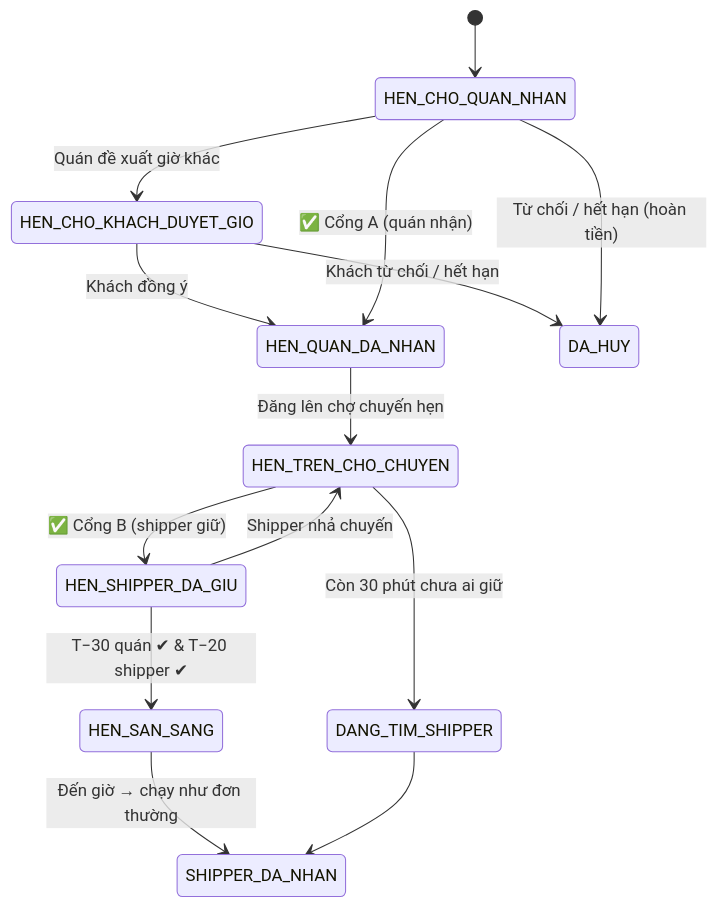
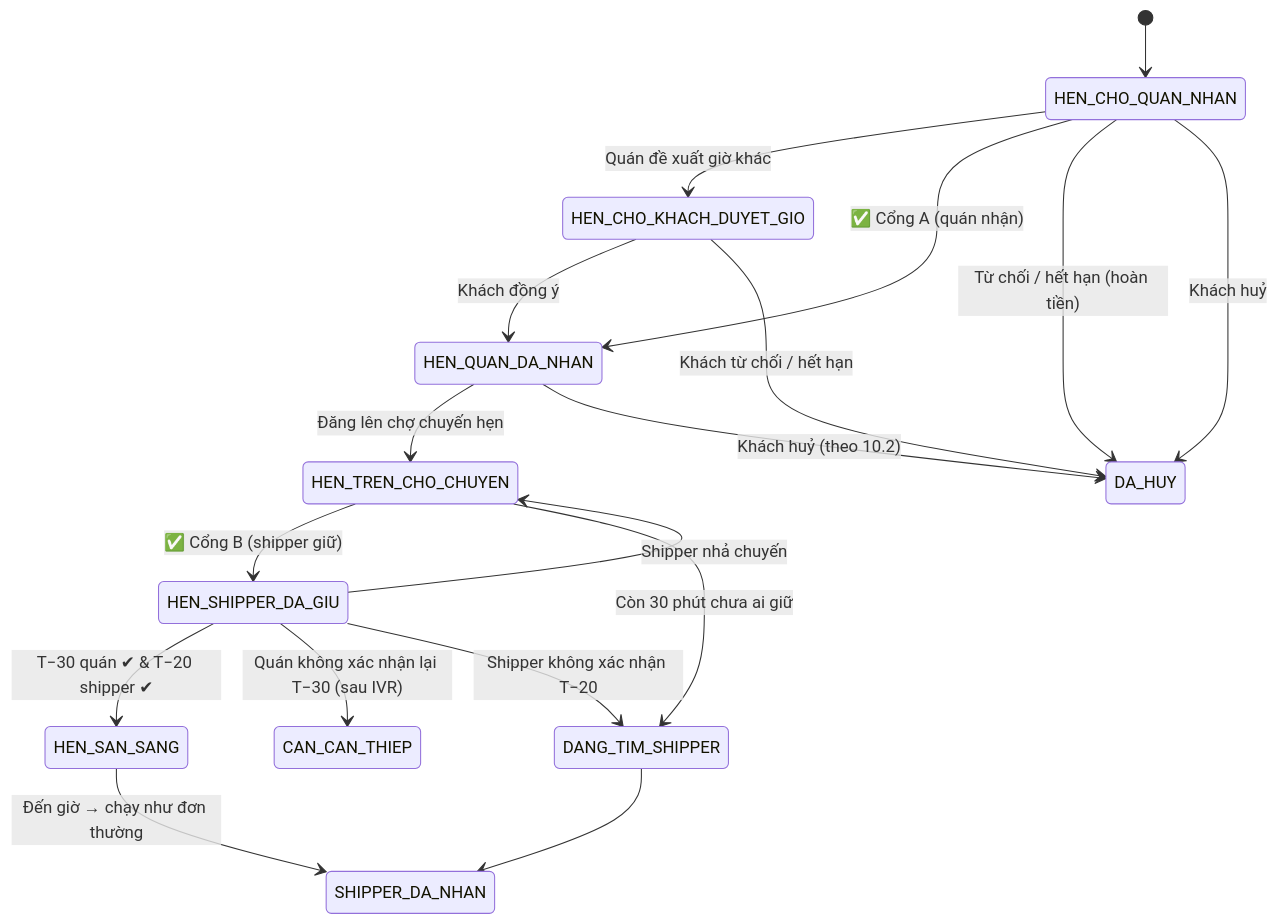
The diagram in docs/10-don-hen-gio.md (tuongspithue/tuongspithue), drawn with Mermaid before and after one commit. The commit also changed other lines of this file and 12 other files, not shown here.

````diff
--- a/docs/10-don-hen-gio.md
+++ b/docs/10-don-hen-gio.md
@@ -88,17 +92,21 @@
 ```mermaid
 stateDiagram-v2
     [*] --> HEN_CHO_QUAN_NHAN
     HEN_CHO_QUAN_NHAN --> HEN_CHO_KHACH_DUYET_GIO: Quán đề xuất giờ khác
     HEN_CHO_KHACH_DUYET_GIO --> HEN_QUAN_DA_NHAN: Khách đồng ý
     HEN_CHO_KHACH_DUYET_GIO --> DA_HUY: Khách từ chối / hết hạn
     HEN_CHO_QUAN_NHAN --> HEN_QUAN_DA_NHAN: ✅ Cổng A (quán nhận)
     HEN_CHO_QUAN_NHAN --> DA_HUY: Từ chối / hết hạn (hoàn tiền)
 
     HEN_QUAN_DA_NHAN --> HEN_TREN_CHO_CHUYEN: Đăng lên chợ chuyến hẹn
     HEN_TREN_CHO_CHUYEN --> HEN_SHIPPER_DA_GIU: ✅ Cổng B (shipper giữ)
     HEN_TREN_CHO_CHUYEN --> DANG_TIM_SHIPPER: Còn 30 phút chưa ai giữ
     HEN_SHIPPER_DA_GIU --> HEN_TREN_CHO_CHUYEN: Shipper nhả chuyến
     HEN_SHIPPER_DA_GIU --> HEN_SAN_SANG: T−30 quán ✔ & T−20 shipper ✔
     HEN_SAN_SANG --> SHIPPER_DA_NHAN: Đến giờ → chạy như đơn thường
+    HEN_SHIPPER_DA_GIU --> CAN_CAN_THIEP: Quán không xác nhận lại T−30 (sau IVR)
+    HEN_SHIPPER_DA_GIU --> DANG_TIM_SHIPPER: Shipper không xác nhận T−20
+    HEN_CHO_QUAN_NHAN --> DA_HUY: Khách huỷ
+    HEN_QUAN_DA_NHAN --> DA_HUY: Khách huỷ (theo 10.2)
     DANG_TIM_SHIPPER --> SHIPPER_DA_NHAN
 ```
````
